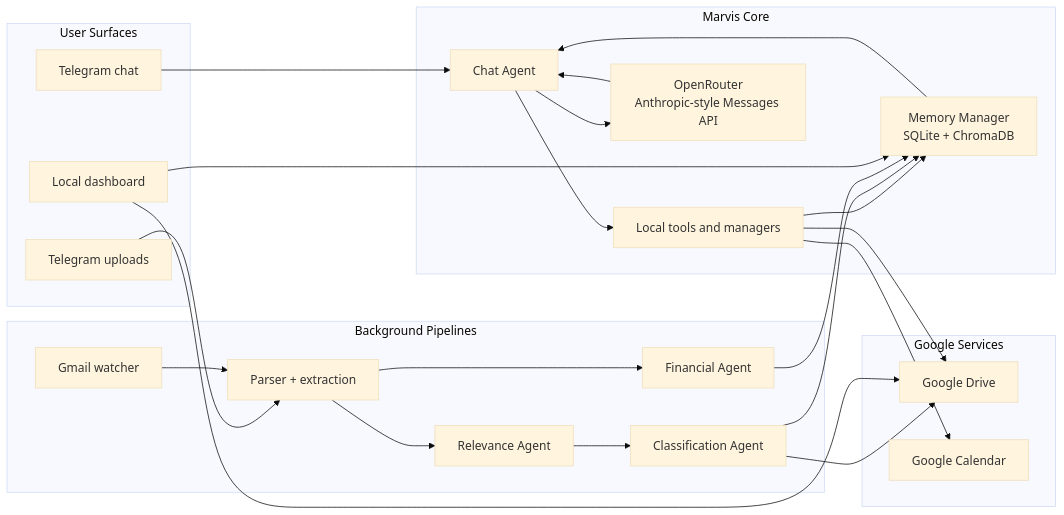
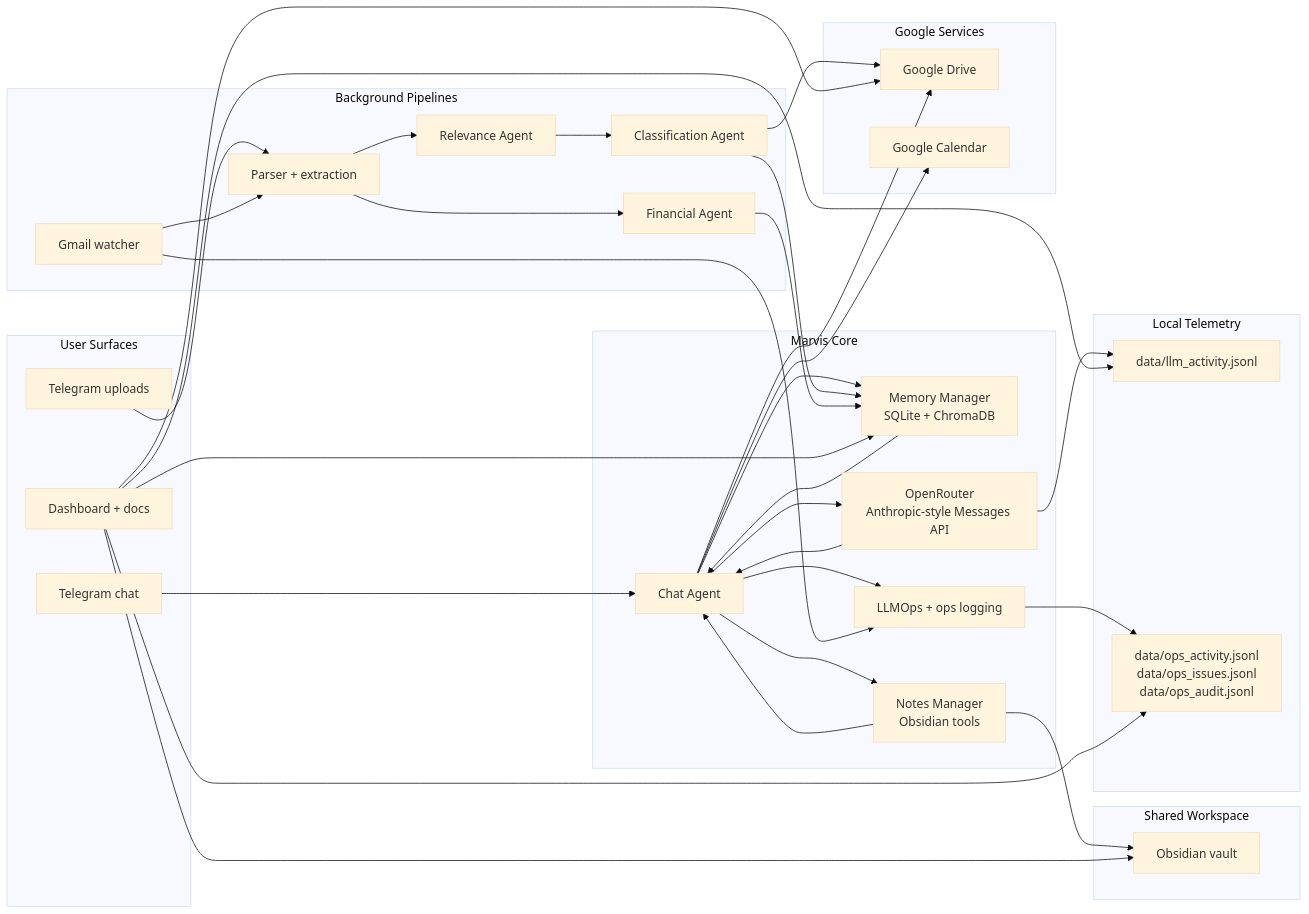
The diagram in README.md (boubakerwa/jarvis), drawn with Mermaid (base theme) before and after one commit. The commit also changed other lines of this file and 3 other files, not shown here.

Commit message:
Refresh docs for notes and LLMOps dashboard

````diff
--- a/README.md
+++ b/README.md
@@ -58,49 +58,68 @@
 ```mermaid
 flowchart LR
   subgraph User["User Surfaces"]
     TG["Telegram chat"]
     UP["Telegram uploads"]
-    DB["Local dashboard"]
+    DASH["Dashboard + docs"]
   end
 
   subgraph Core["Marvis Core"]
     AG["Chat Agent"]
     MEM["Memory Manager<br/>SQLite + ChromaDB"]
-    TOOLS["Local tools and managers"]
+    NOTES["Notes Manager<br/>Obsidian tools"]
+    OPS["LLMOps + ops logging"]
     ROUTER["OpenRouter<br/>Anthropic-style Messages API"]
   end
 
   subgraph Pipeline["Background Pipelines"]
     GW["Gmail watcher"]
     PARSE["Parser + extraction"]
     REL["Relevance Agent"]
     CLS["Classification Agent"]
     FIN["Financial Agent"]
   end
 
   subgraph Google["Google Services"]
     DRIVE["Google Drive"]
     CAL["Google Calendar"]
   end
 
+  subgraph Workspace["Shared Workspace"]
+    OBS["Obsidian vault"]
+  end
+
+  subgraph Telemetry["Local Telemetry"]
+    LLMLOG["data/llm_activity.jsonl"]
+    OPSLOG["data/ops_activity.jsonl<br/>data/ops_issues.jsonl<br/>data/ops_audit.jsonl"]
+  end
+
   TG --> AG
   AG --> ROUTER
   ROUTER --> AG
-  AG --> TOOLS
-  TOOLS --> MEM
-  TOOLS --> DRIVE
-  TOOLS --> CAL
+  ROUTER --> LLMLOG
+  AG --> MEM
+  AG --> NOTES
+  AG --> DRIVE
+  AG --> CAL
+  AG --> OPS
   MEM --> AG
+  NOTES --> AG
+  NOTES --> OBS
 
   UP --> PARSE
   GW --> PARSE
   PARSE --> REL
   REL --> CLS
   CLS --> DRIVE
   CLS --> MEM
   PARSE --> FIN
   FIN --> MEM
+  GW --> OPS
+  OPS --> OPSLOG
 
-  DB --> MEM
-  DB --> DRIVE
+  DASH --> MEM
+  DASH --> DRIVE
+  DASH --> OBS
+  DASH --> LLMLOG
+  DASH --> OPSLOG
 ```
````
